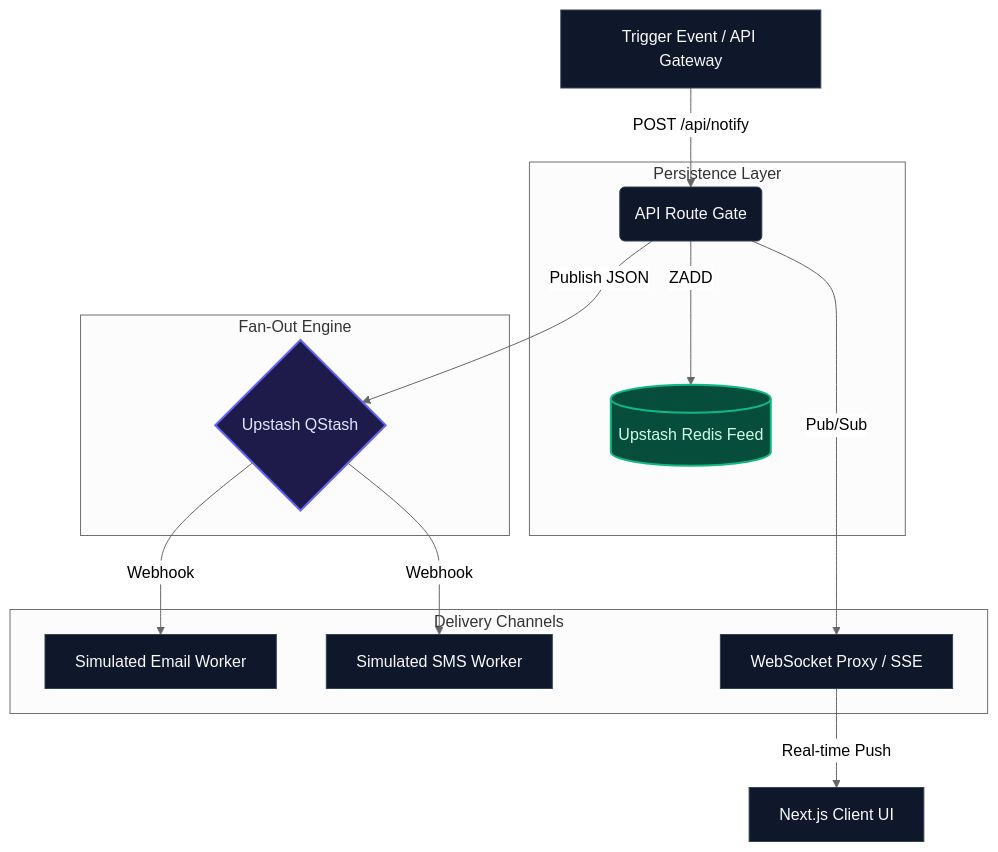
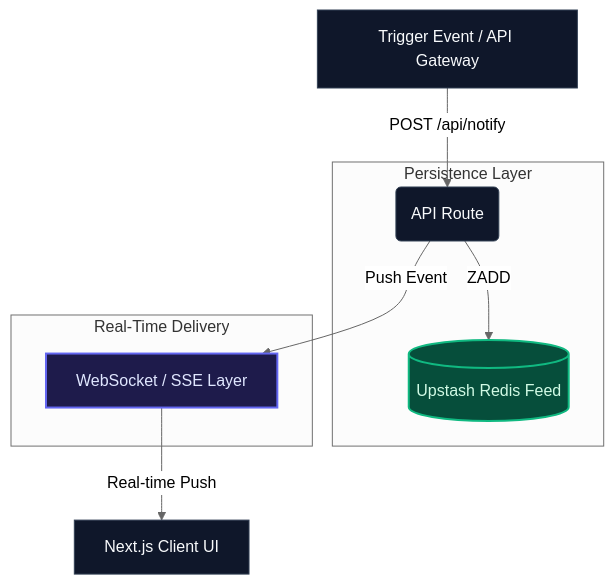
Before and after one commit to ysumit99/next-realtime-notifications: the diagram in README.md, drawn with Mermaid (neutral theme). The commit also changed other lines of this file and 2 other files, not shown here.

````diff
--- a/README.md
+++ b/README.md
@@ -22,28 +23,21 @@
 ```mermaid
 flowchart TD
-    Client[Trigger Event / API Gateway] -->|POST /api/notify| Gateway(API Route Gate)
+    Client[Trigger Event / API Gateway] -->|POST /api/notify| Gateway(API Route)
 
     subgraph Persistence Layer
         Gateway -->|ZADD| Redis[(Upstash Redis Feed)]
     end
 
-    subgraph Fan-Out Engine
-        Gateway -->|Publish JSON| QStash{Upstash QStash}
-    end
-
-    subgraph Delivery Channels
-        QStash -->|Webhook| WorkerEmail[Simulated Email Worker]
-        QStash -->|Webhook| WorkerSMS[Simulated SMS Worker]
-        Gateway -->|Pub/Sub| WSProxy[WebSocket Proxy / SSE]
+    subgraph Real-Time Delivery
+        Gateway -->|Push Event| WSProxy[WebSocket / SSE Layer]
     end
 
     WSProxy -->|Real-time Push| UI[Next.js Client UI]
 
     classDef default fill:#0f172a,stroke:#334155,stroke-width:1px,color:#f8fafc;
     classDef engine fill:#1e1b4b,stroke:#6366f1,stroke-width:2px,color:#e0e7ff;
     classDef storage fill:#064e3b,stroke:#10b981,stroke-width:2px,color:#d1fae5;
 
-    class QStash engine;
+    class WSProxy engine;
     class Redis storage;
-
 ```
````
